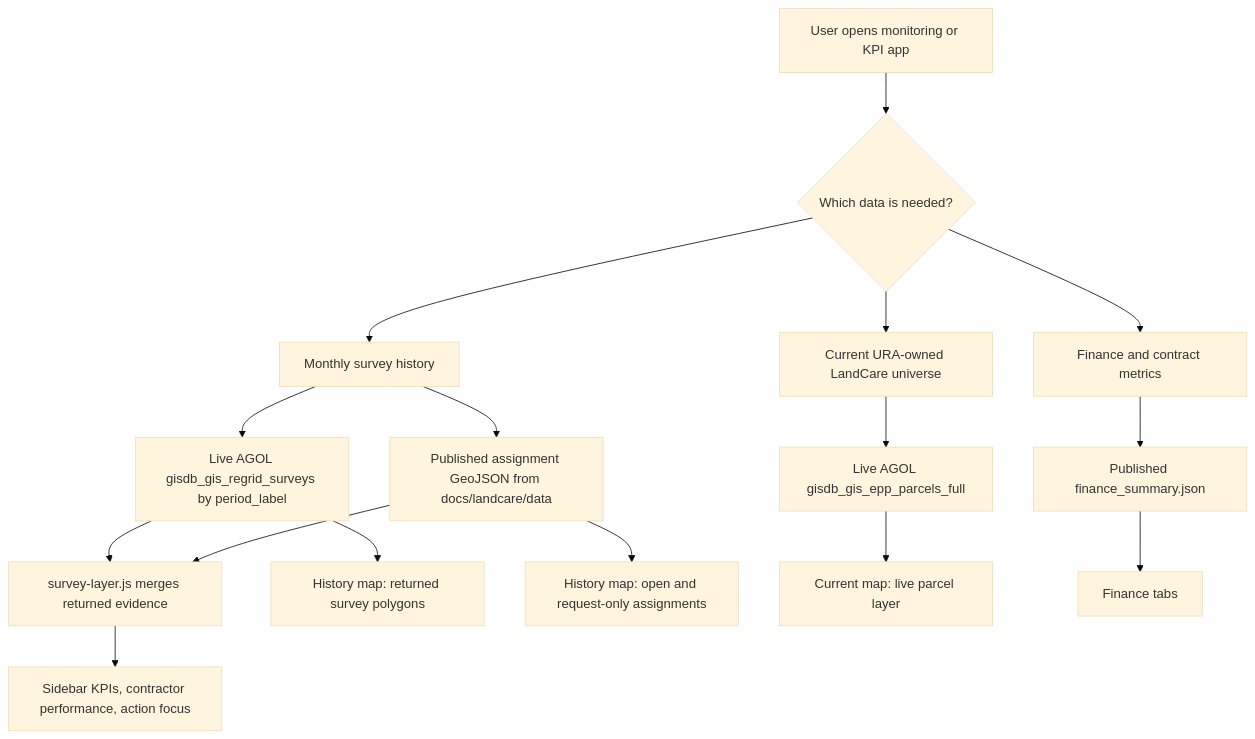
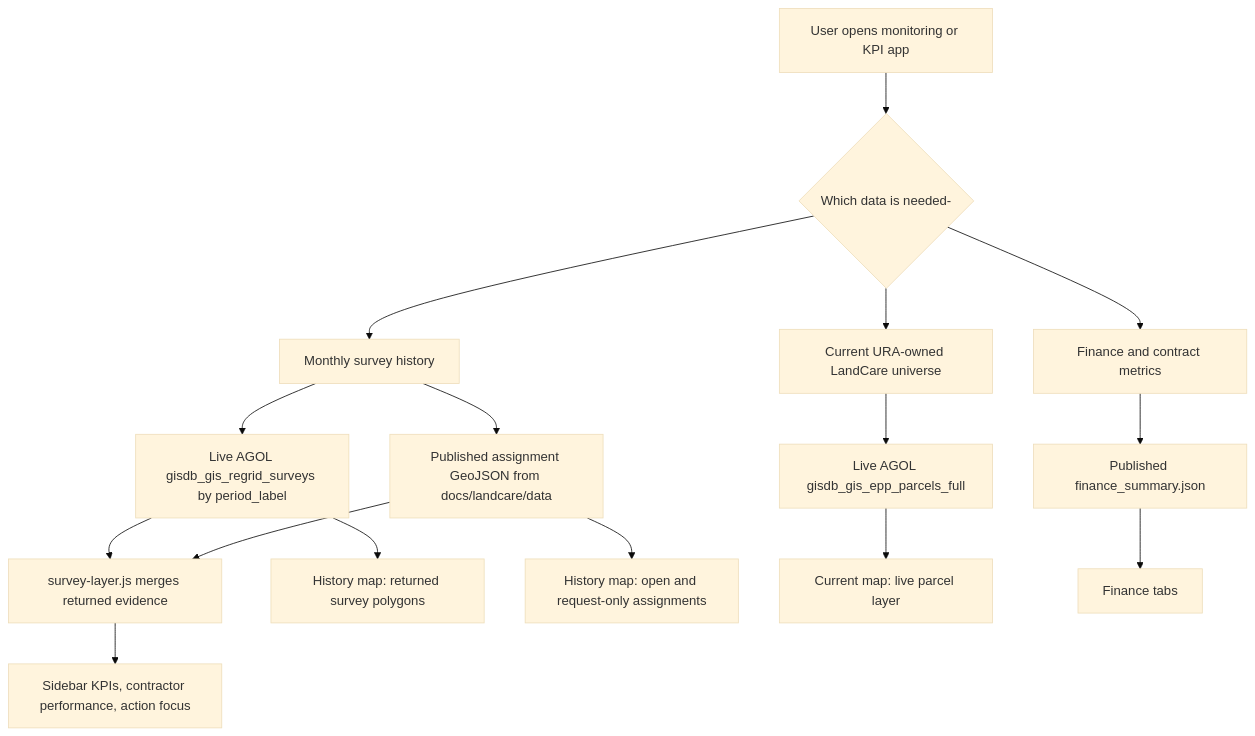
The second of 4 diagrams in docs/landcare-data-engineering-flow.md (rutomo-ura/land-care-assurance), drawn with Mermaid (base theme) before and after one commit. The commit also changed other lines of this file and 7 other files, not shown here.

````diff
--- a/docs/landcare-data-engineering-flow.md
+++ b/docs/landcare-data-engineering-flow.md
@@ -60,21 +60,21 @@
 ```mermaid
 flowchart TD
-    A["User opens monitoring or KPI app"] --> B{"Which data is needed?"}
+    A["User opens monitoring or KPI app"] --> B{"Which data is needed-"}
 
     B --> C["Current URA-owned LandCare universe"]
     B --> D["Monthly survey history"]
     B --> E["Finance and contract metrics"]
 
     C --> F["Live AGOL gisdb_gis_epp_parcels_full"]
     D --> G["Live AGOL gisdb_gis_regrid_surveys by period_label"]
     D --> H["Published assignment GeoJSON from docs/landcare/data"]
     E --> I["Published finance_summary.json"]
 
     G --> J["survey-layer.js merges returned evidence"]
     H --> J
     J --> K["Sidebar KPIs, contractor performance, action focus"]
     G --> L["History map: returned survey polygons"]
     H --> M["History map: open and request-only assignments"]
     F --> N["Current map: live parcel layer"]
     I --> O["Finance tabs"]
 ```
````
